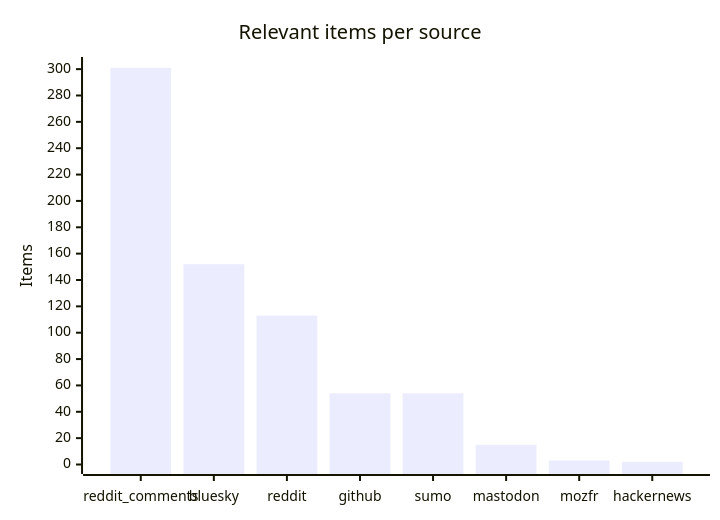
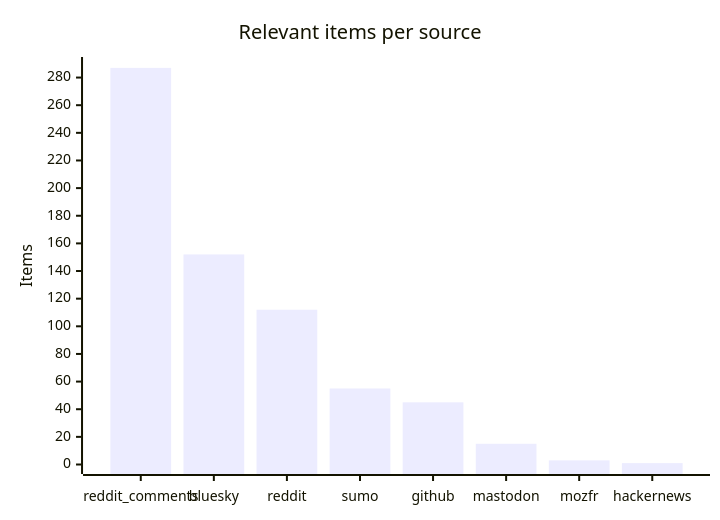
Before and after one commit to martinbalfanz/social-scanner-reports: the third of 4 diagrams in README.md, drawn with Mermaid. The commit also changed other lines of this file and 4 other files, not shown here.

````diff
--- a/README.md
+++ b/README.md
@@ -48,7 +48,7 @@
 ```mermaid
 xychart-beta
     title "Relevant items per source"
-    x-axis ["reddit_comments", "bluesky", "reddit", "github", "sumo", "mastodon", "mozfr", "hackernews"]
-    y-axis "Items" 0 --> 302
-    bar [301, 152, 113, 54, 54, 15, 3, 2]
+    x-axis ["reddit_comments", "bluesky", "reddit", "sumo", "github", "mastodon", "mozfr", "hackernews"]
+    y-axis "Items" 0 --> 288
+    bar [287, 152, 112, 55, 45, 15, 3, 1]
 ```
````
